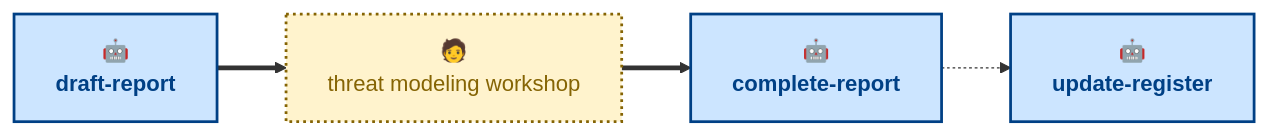
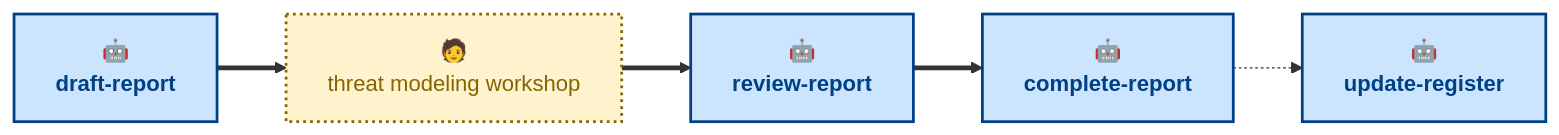
The diagram in .agents/skills/README.md (kieranpotts/risks), drawn with Mermaid before and after one commit. The commit also changed other lines of this file and 6 other files, not shown here.

````diff
--- a/.agents/skills/README.md
+++ b/.agents/skills/README.md
@@ -24,15 +30,17 @@
 ```mermaid
 flowchart LR
   draft["🤖<br/><b>draft-report</b>"]:::agentic
   workshop["🧑<br/>threat modeling workshop"]:::anthropic
+  review["🤖<br/><b>review-report</b>"]:::agentic
   complete["🤖<br/><b>complete-report</b>"]:::agentic
   update["🤖<br/><b>update-register</b>"]:::agentic
 
   draft ==> workshop
-  workshop ==> complete
+  workshop ==> review
+  review ==> complete
   complete -.-> update
 
   classDef agentic fill:#cce5ff,stroke:#004085,color:#004085,stroke-width:2px
   classDef scripted fill:#e2e3e5,stroke:#4b5157,color:#383d41,stroke-width:2px
   classDef anthropic fill:#fff3cd,stroke:#856404,color:#856404,stroke-width:2px,stroke-dasharray:2 3
 ```
````
